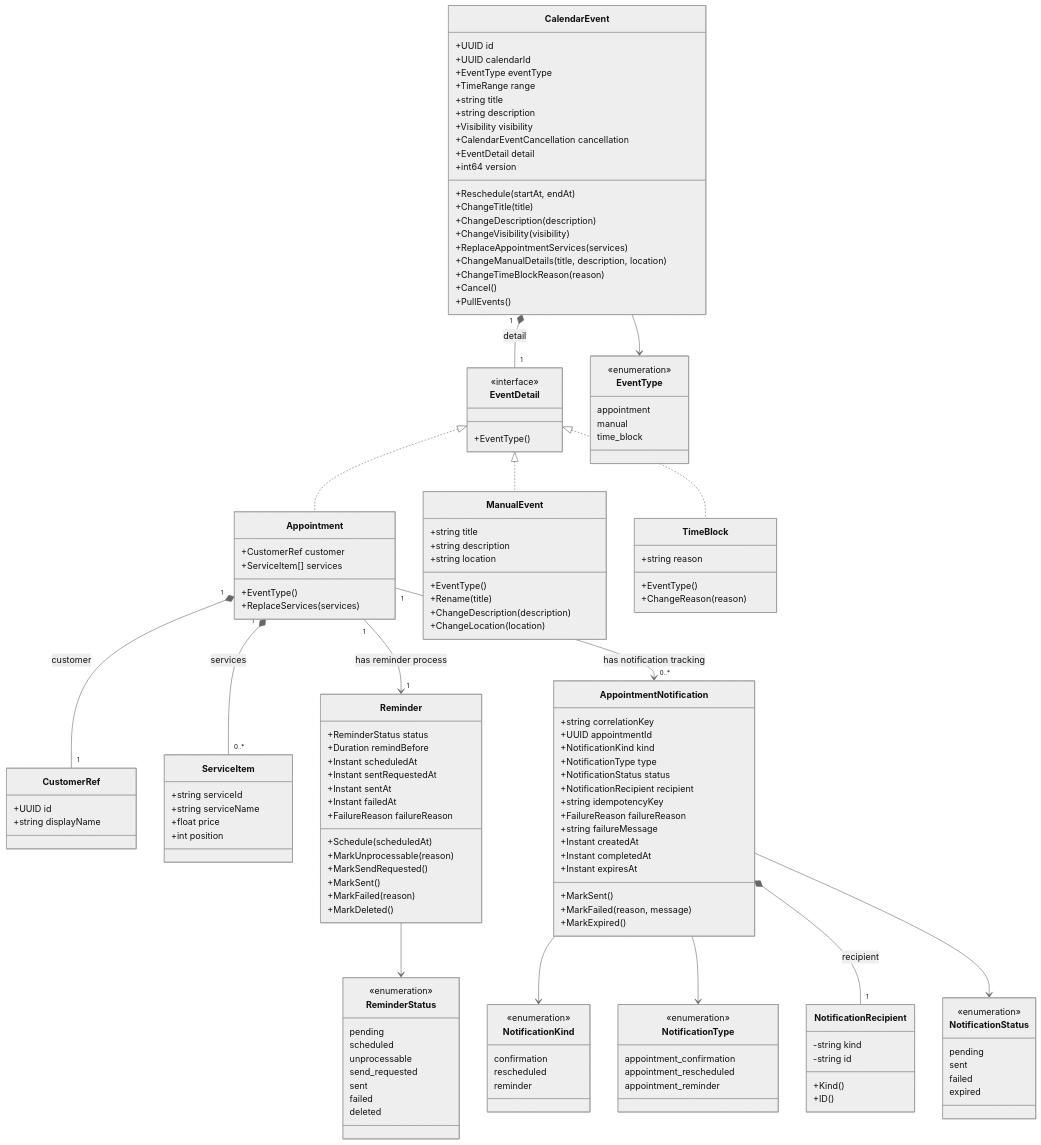
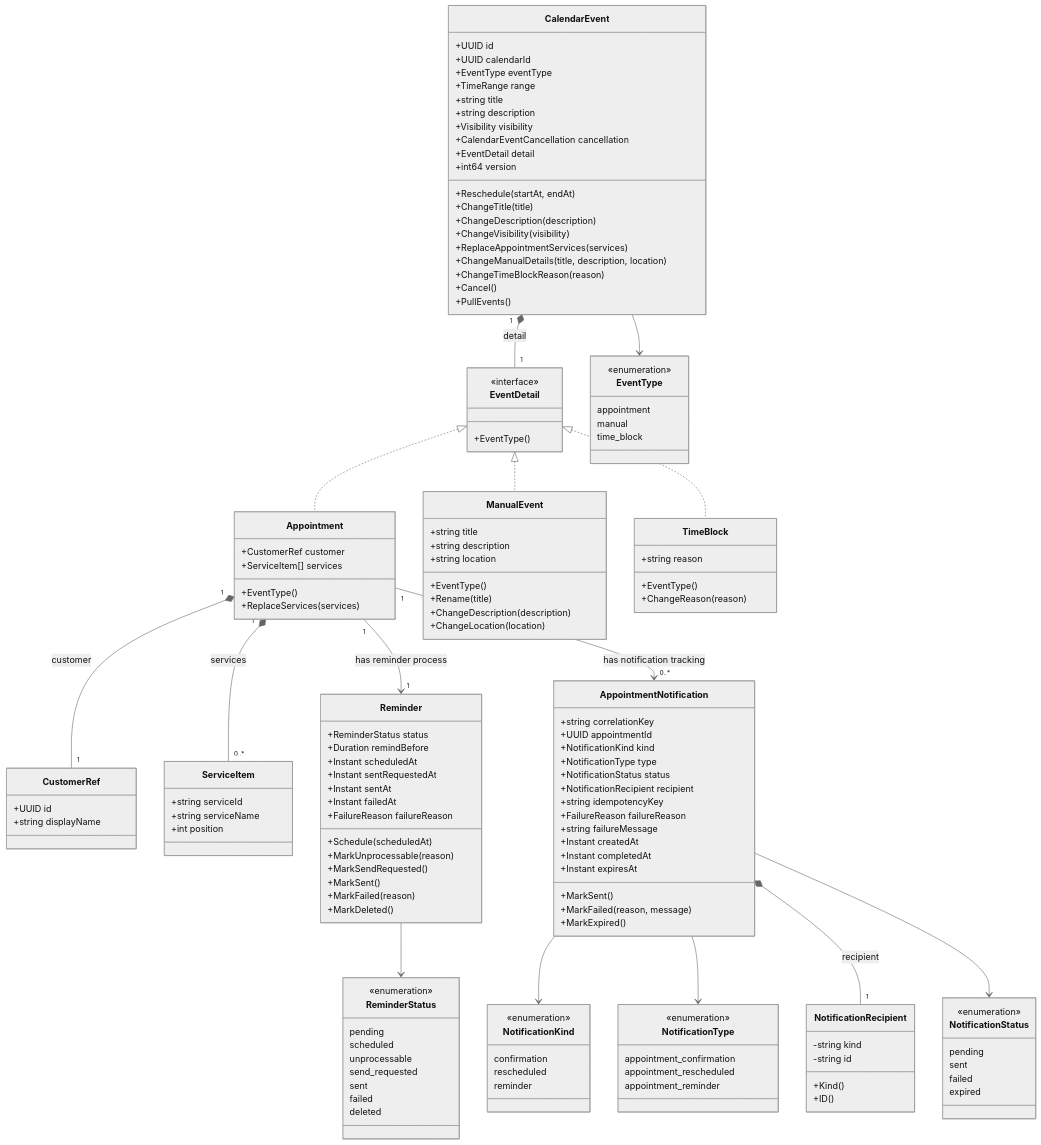
One commit to beaesthetic/beaesthetic-backend changed the second of 2 diagrams in appointment/docs/appointment-redesign.md. Above: the diagram before and after it, drawn with Mermaid (neutral theme). The commit also changed other lines of this file and 54 other files, not shown here.

```diff
--- a/appointment/docs/appointment-redesign.md
+++ b/appointment/docs/appointment-redesign.md
@@ -579,7 +576,6 @@
     class ServiceItem {
         +string serviceId
         +string serviceName
-        +float price
         +int position
     }
 
```
